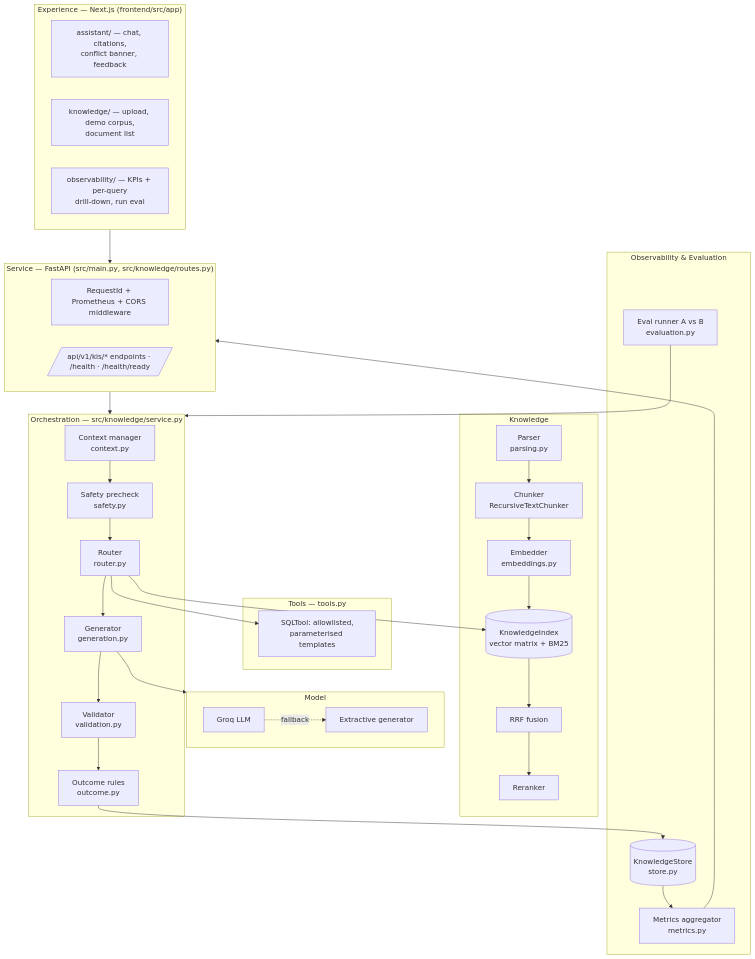
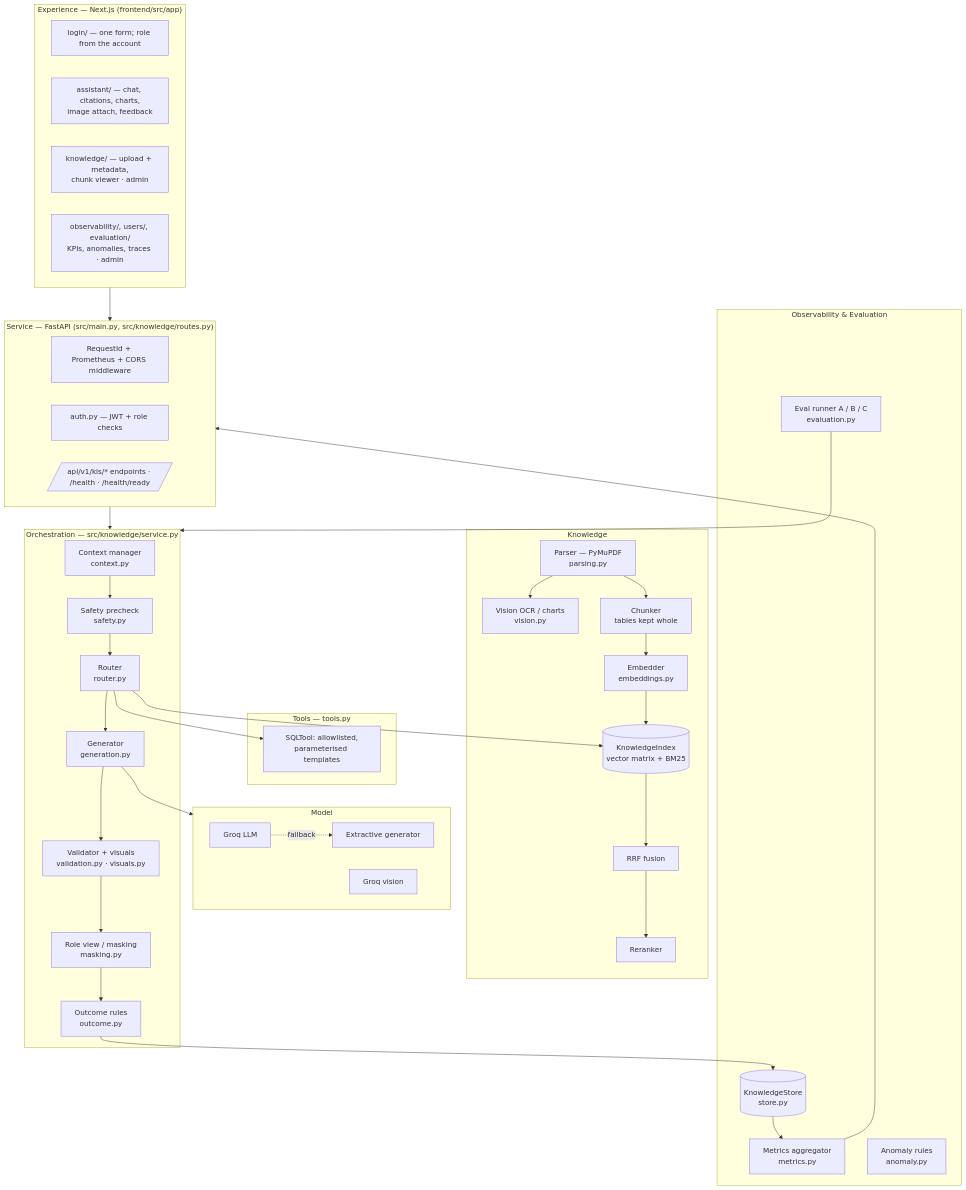
Before and after one commit to Tanushka-Sonde/HCL-hackathon: the second of 5 diagrams in docs/HLD.md, drawn with Mermaid. The commit also changed other lines of this file and 8 other files, not shown here.

````diff
--- a/docs/HLD.md
+++ b/docs/HLD.md
@@ -63,41 +64,47 @@
 ```mermaid
 flowchart TB
   subgraph EXP["Experience — Next.js (frontend/src/app)"]
-    A1[assistant/ — chat, citations,<br/>conflict banner, feedback]
-    A2[knowledge/ — upload, demo corpus,<br/>document list]
-    A3[observability/ — KPIs + per-query<br/>drill-down, run eval]
+    A0[login/ — one form; role from the account]
+    A1[assistant/ — chat, citations, charts,<br/>image attach, feedback]
+    A2[knowledge/ — upload + metadata,<br/>chunk viewer · admin]
+    A3[observability/, users/, evaluation/<br/>KPIs, anomalies, traces · admin]
   end
   subgraph SVC["Service — FastAPI (src/main.py, src/knowledge/routes.py)"]
     S1[RequestId + Prometheus + CORS middleware]
+    S3[auth.py — JWT + role checks]
     S2[/api/v1/kis/* endpoints · /health · /health/ready/]
   end
   subgraph ORC["Orchestration — src/knowledge/service.py"]
     O1[Context manager<br/>context.py] --> O2[Safety precheck<br/>safety.py]
     O2 --> O3[Router<br/>router.py]
     O3 --> O6[Generator<br/>generation.py]
-    O6 --> O7[Validator<br/>validation.py]
-    O7 --> O8[Outcome rules<br/>outcome.py]
+    O6 --> O7[Validator + visuals<br/>validation.py · visuals.py]
+    O7 --> O9[Role view / masking<br/>masking.py]
+    O9 --> O8[Outcome rules<br/>outcome.py]
   end
   subgraph KNW["Knowledge"]
-    K1[Parser<br/>parsing.py] --> K2[Chunker<br/>RecursiveTextChunker] --> K3[Embedder<br/>embeddings.py]
+    K1[Parser — PyMuPDF<br/>parsing.py] --> K7[Vision OCR / charts<br/>vision.py]
+    K1 --> K2[Chunker<br/>tables kept whole] --> K3[Embedder<br/>embeddings.py]
     K3 --> K4[(KnowledgeIndex<br/>vector matrix + BM25)]
     K4 --> K5[RRF fusion] --> K6[Reranker]
   end
   subgraph TLS["Tools — tools.py"]
     T1[SQLTool: allowlisted,<br/>parameterised templates]
   end
   subgraph MDL["Model"]
     M1[Groq LLM] -.fallback.-> M2[Extractive generator]
+    M3[Groq vision]
   end
   subgraph OBS["Observability & Evaluation"]
     V1[(KnowledgeStore<br/>store.py)] --> V2[Metrics aggregator<br/>metrics.py]
-    V3[Eval runner A vs B<br/>evaluation.py]
+    V3[Eval runner A / B / C<br/>evaluation.py]
+    V4[Anomaly rules<br/>anomaly.py]
   end
   EXP --> SVC --> ORC
   O3 --> K4
   O3 --> T1
   O6 --> MDL
   O8 --> V1
   V3 --> ORC
   V2 --> SVC
 ```
````
